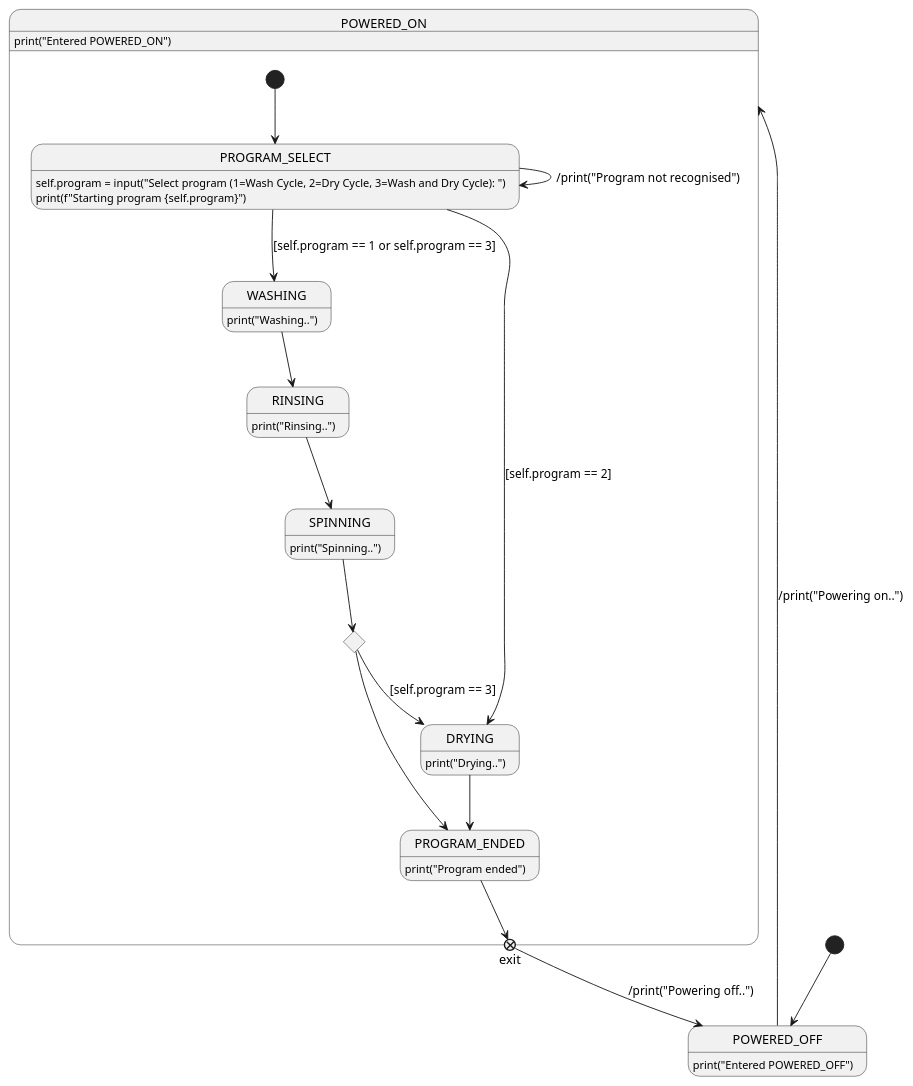
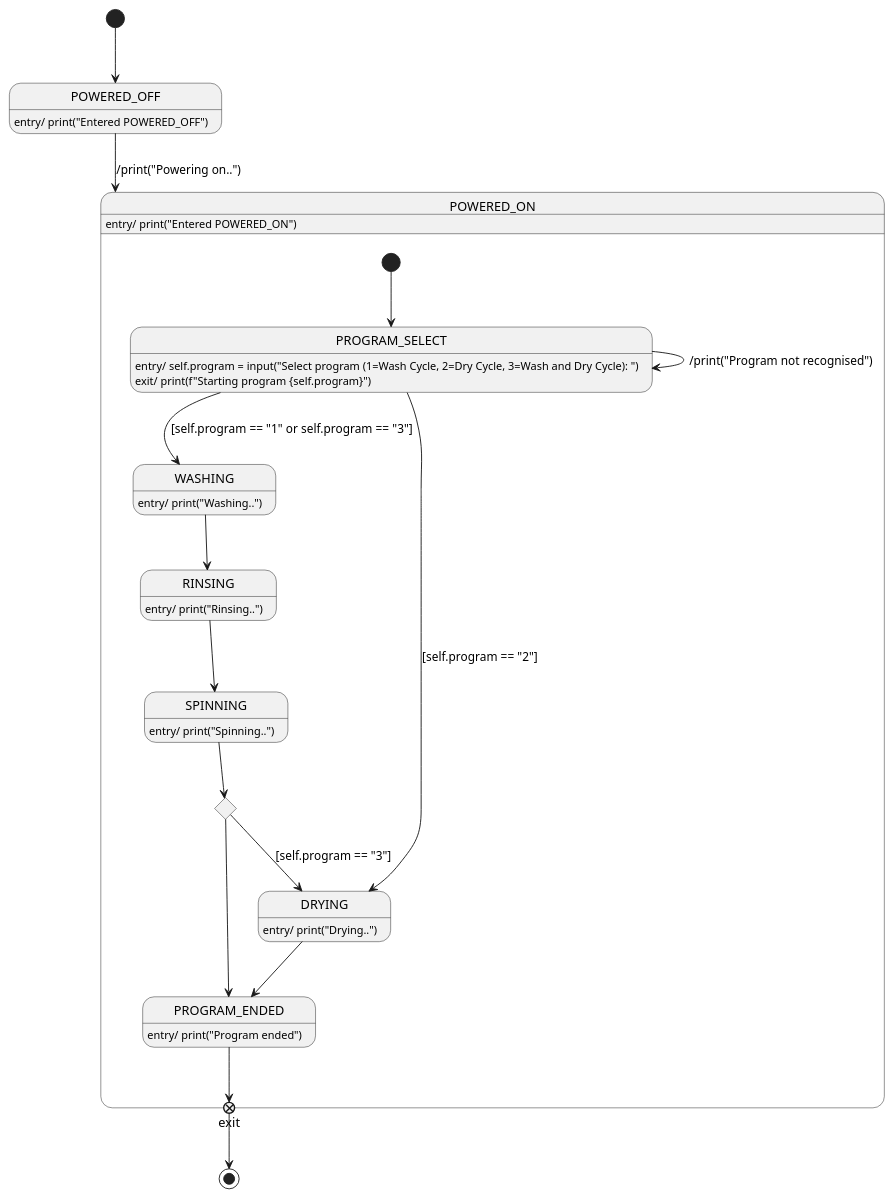
One commit to grhmdev/gen-statemachine changed the diagram in examples/washing_machine.puml. Above: the diagram before and after it, drawn with PlantUML. The commit also changed 10 other files, not shown here.

```diff
--- a/examples/washing_machine.puml
+++ b/examples/washing_machine.puml
@@ -1,39 +1,39 @@
 @startuml
 
 
-state POWERED_OFF : print("Entered POWERED_OFF")
-state POWERED_ON : print("Entered POWERED_ON")
+state POWERED_OFF : entry/ print("Entered POWERED_OFF")
+state POWERED_ON : entry/ print("Entered POWERED_ON")
 state POWERED_ON {
-    state PROGRAM_SELECT : self.program = input("Select program (1=Wash Cycle, 2=Dry Cycle, 3=Wash and Dry Cycle): ")
-    state PROGRAM_SELECT : print(f"Starting program {self.program}")
-    state WASHING : print("Washing..")
-    state RINSING : print("Rinsing..")
-    state SPINNING : print("Spinning..")
+    state PROGRAM_SELECT : entry/ self.program = input("Select program (1=Wash Cycle, 2=Dry Cycle, 3=Wash and Dry Cycle): ")
+    state PROGRAM_SELECT : exit/ print(f"Starting program {self.program}")
+    state WASHING : entry/ print("Washing..")
+    state RINSING : entry/ print("Rinsing..")
+    state SPINNING : entry/ print("Spinning..")
     state do_drying_choice <<choice>>
-    state DRYING : print("Drying..")
-    state PROGRAM_ENDED : print("Program ended")
+    state DRYING : entry/ print("Drying..")
+    state PROGRAM_ENDED : entry/ print("Program ended")
     state exit <<exitPoint>>
 }
 
 [*] --> POWERED_OFF
 POWERED_OFF --> POWERED_ON : /print("Powering on..")
 
 state POWERED_ON {
     [*] --> PROGRAM_SELECT
 }
-PROGRAM_SELECT --> WASHING : [self.program == 1 or self.program == 3]
-PROGRAM_SELECT --> DRYING : [self.program == 2]
+PROGRAM_SELECT --> WASHING : [self.program == "1" or self.program == "3"]
+PROGRAM_SELECT --> DRYING : [self.program == "2"]
 PROGRAM_SELECT --> PROGRAM_SELECT : /print("Program not recognised")
 
 WASHING --> RINSING
 RINSING --> SPINNING
 SPINNING --> do_drying_choice
-do_drying_choice --> DRYING : [self.program == 3]
+do_drying_choice --> DRYING : [self.program == "3"]
 do_drying_choice --> PROGRAM_ENDED
 DRYING --> PROGRAM_ENDED
 
 PROGRAM_ENDED --> exit
-exit --> POWERED_OFF : /print("Powering off..")
+exit --> [*]
 
 
 @enduml
```
